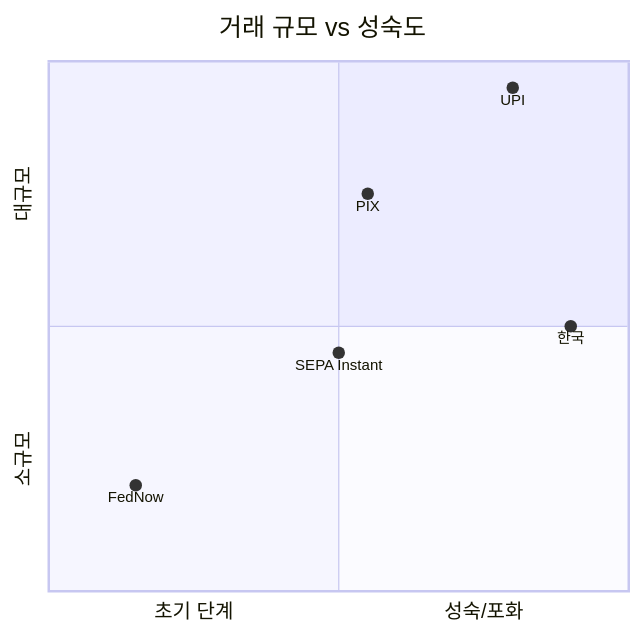
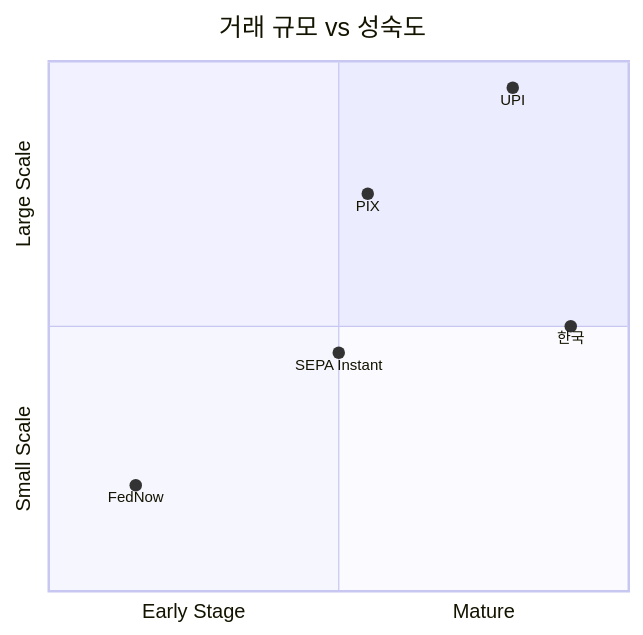
The diagram in docs/domains/realtime-payment/products/index.md (OkyoKwon/studyNresearch), drawn with Mermaid before and after one commit. The commit also changed 9 other files, not shown here.

````diff
--- a/docs/domains/realtime-payment/products/index.md
+++ b/docs/domains/realtime-payment/products/index.md
@@ -20,11 +20,11 @@
 ```mermaid
 quadrantChart
     title 거래 규모 vs 성숙도
-    x-axis 초기 단계 --> 성숙/포화
-    y-axis 소규모 --> 대규모
+    x-axis Early Stage --> Mature
+    y-axis Small Scale --> Large Scale
     FedNow: [0.15, 0.2]
     UPI: [0.8, 0.95]
     PIX: [0.55, 0.75]
     SEPA Instant: [0.5, 0.45]
     한국: [0.9, 0.5]
 ```
````
